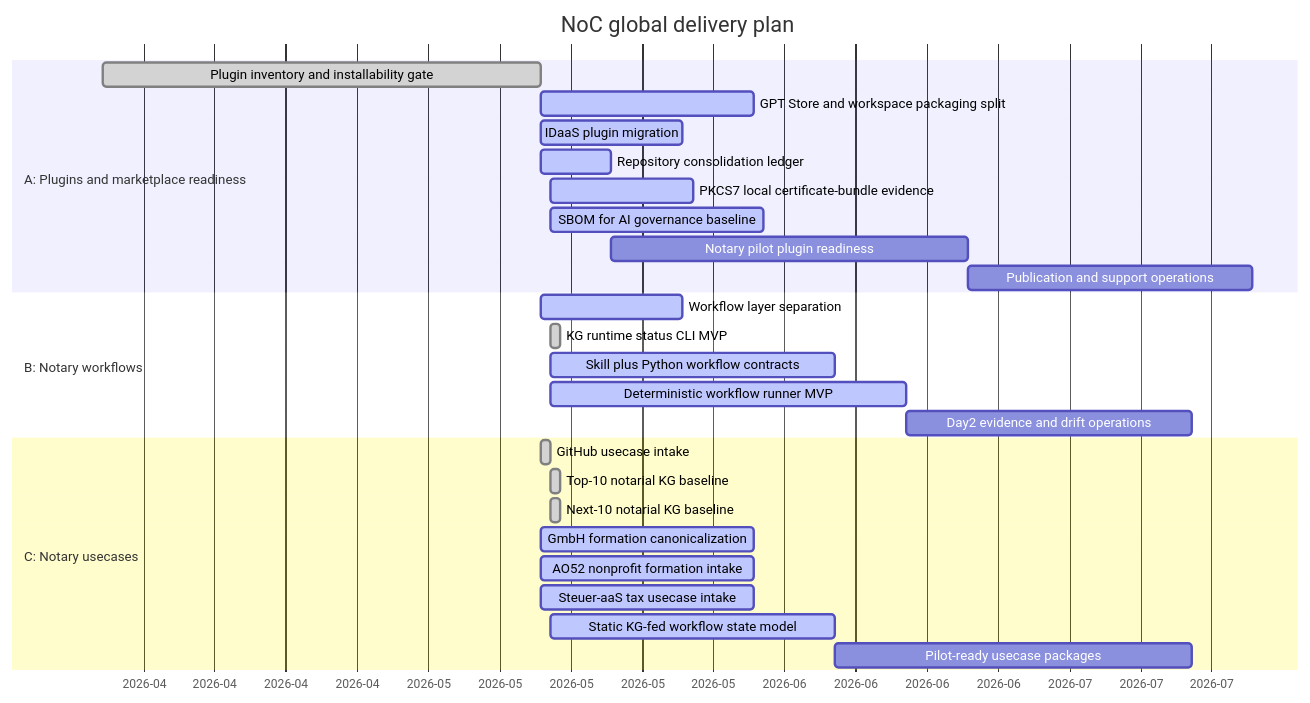
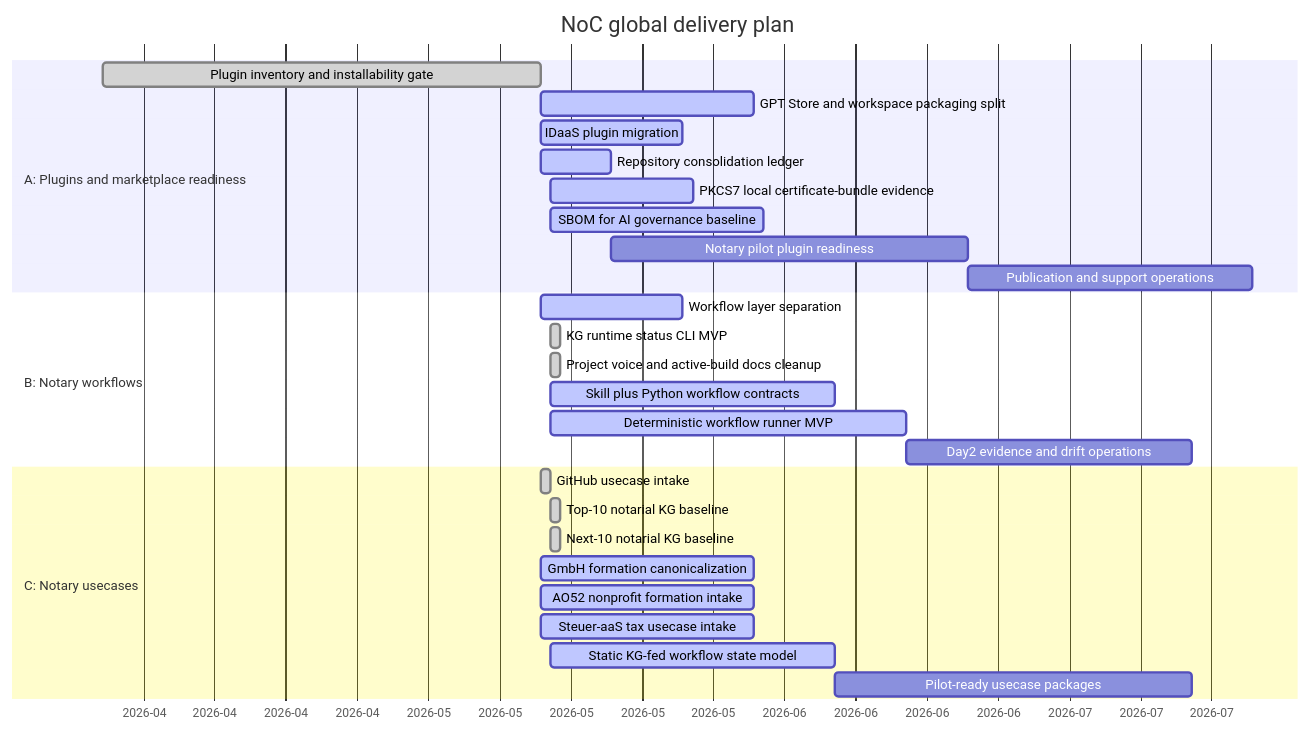
The diagram in roadmap/GANTT.md (notariat8/NaC), drawn with Mermaid before and after one commit. The commit also changed other lines of this file and 4 other files, not shown here.

````diff
--- a/roadmap/GANTT.md
+++ b/roadmap/GANTT.md
@@ -12,33 +12,34 @@
 ```mermaid
 gantt
     title NoC global delivery plan
     dateFormat  YYYY-MM-DD
     axisFormat  %Y-%m
 
     section A: Plugins and marketplace readiness
     Plugin inventory and installability gate     :done,    a1, 2026-04-01, 2026-05-14
     GPT Store and workspace packaging split      :active,  a2, 2026-05-14, 21d
     IDaaS plugin migration                       :active,  a3, 2026-05-14, 14d
     Repository consolidation ledger              :active,  a4, 2026-05-14, 7d
     PKCS7 local certificate-bundle evidence      :active,  a4a, 2026-05-15, 14d
     SBOM for AI governance baseline              :active,  a4b, 2026-05-15, 21d
     Notary pilot plugin readiness                :         a5, after a4, 35d
     Publication and support operations           :         a6, after a5, 28d
 
     section B: Notary workflows
     Workflow layer separation                    :active,  b1, 2026-05-14, 14d
     KG runtime status CLI MVP                    :done,    b1a, 2026-05-15, 1d
+    Project voice and active-build docs cleanup  :done,    b1b, 2026-05-15, 1d
     Skill plus Python workflow contracts         :active,  b2, 2026-05-15, 28d
     Deterministic workflow runner MVP            :active,  b3, 2026-05-15, 35d
     Day2 evidence and drift operations           :         b4, after b3, 28d
 
     section C: Notary usecases
     GitHub usecase intake                        :done,    c1, 2026-05-14, 1d
     Top-10 notarial KG baseline                  :done,    c2, 2026-05-15, 1d
     Next-10 notarial KG baseline                 :done,    c3, 2026-05-15, 1d
     GmbH formation canonicalization              :active,  c4, 2026-05-14, 21d
     AO52 nonprofit formation intake              :active,  c5, 2026-05-14, 21d
     Steuer-aaS tax usecase intake                :active,  c6, 2026-05-14, 21d
     Static KG-fed workflow state model           :active,  c7, 2026-05-15, 28d
     Pilot-ready usecase packages                 :         c8, after c7, 35d
 ```
````
